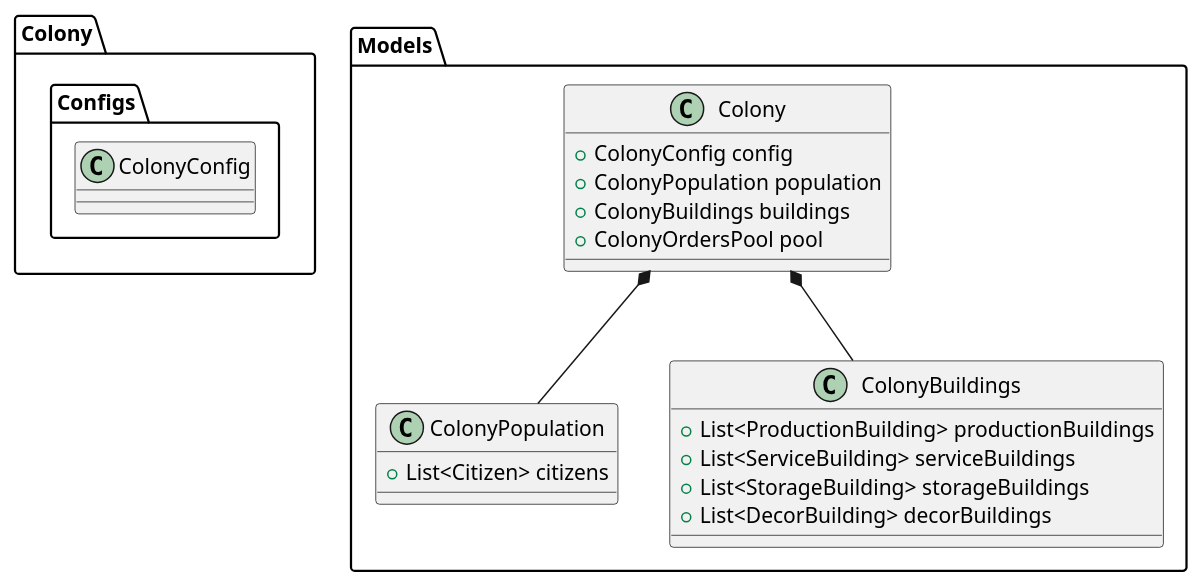
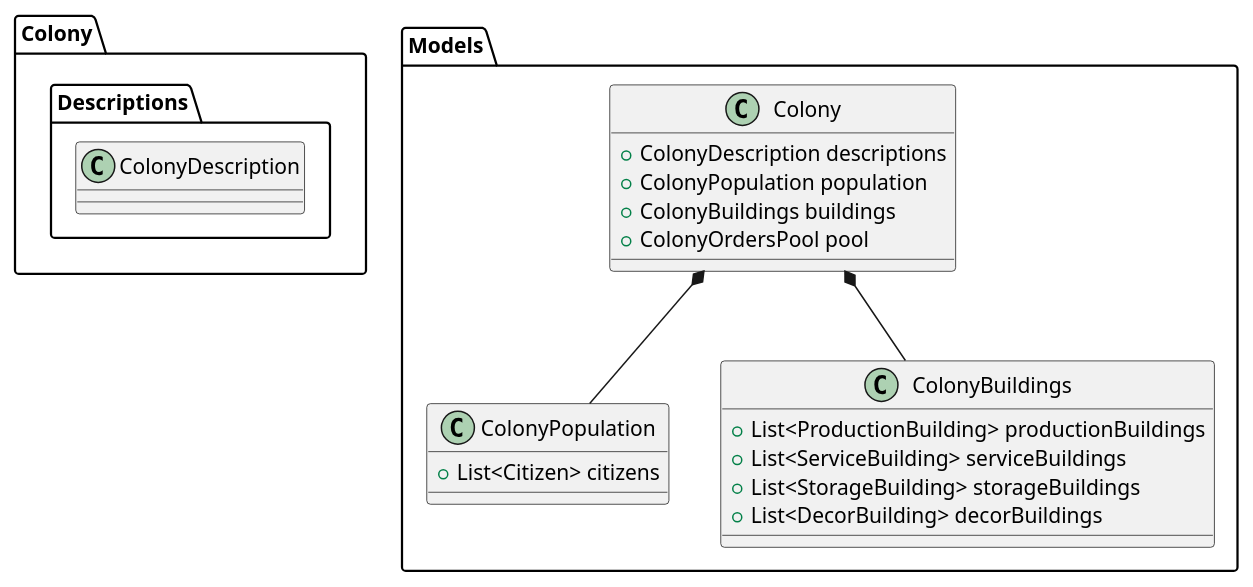
Before and after one commit to minusrep/Pivo-UML: the diagram in Colony/Colony.puml, drawn with PlantUML.

Commit message:
new refactor

```diff
--- a/Colony/Colony.puml
+++ b/Colony/Colony.puml
@@ -1,39 +1,39 @@
 @startuml
 
 package "Colony" 
 {
-    package "Configs" 
+    package "Descriptions" 
     {
-        class ColonyConfig 
+        class ColonyDescription 
         {
         }
     }
 }
     package "Models" {
     class Colony 
     {
-        +ColonyConfig config
+        +ColonyDescription descriptions
         +ColonyPopulation population
         +ColonyBuildings buildings
         +ColonyOrdersPool pool
     }
 
     class ColonyPopulation 
     {
         +List<Citizen> citizens
     }
     
     class ColonyBuildings 
     {
         +List<ProductionBuilding> productionBuildings
         +List<ServiceBuilding> serviceBuildings
         +List<StorageBuilding> storageBuildings
         +List<DecorBuilding> decorBuildings
     }
 
     Colony *-- ColonyBuildings
     Colony *-- ColonyPopulation
     }
 }
 
 @enduml
```
